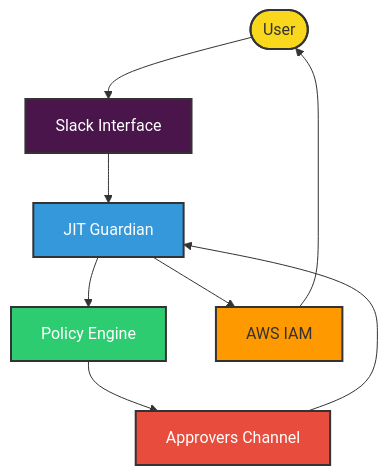
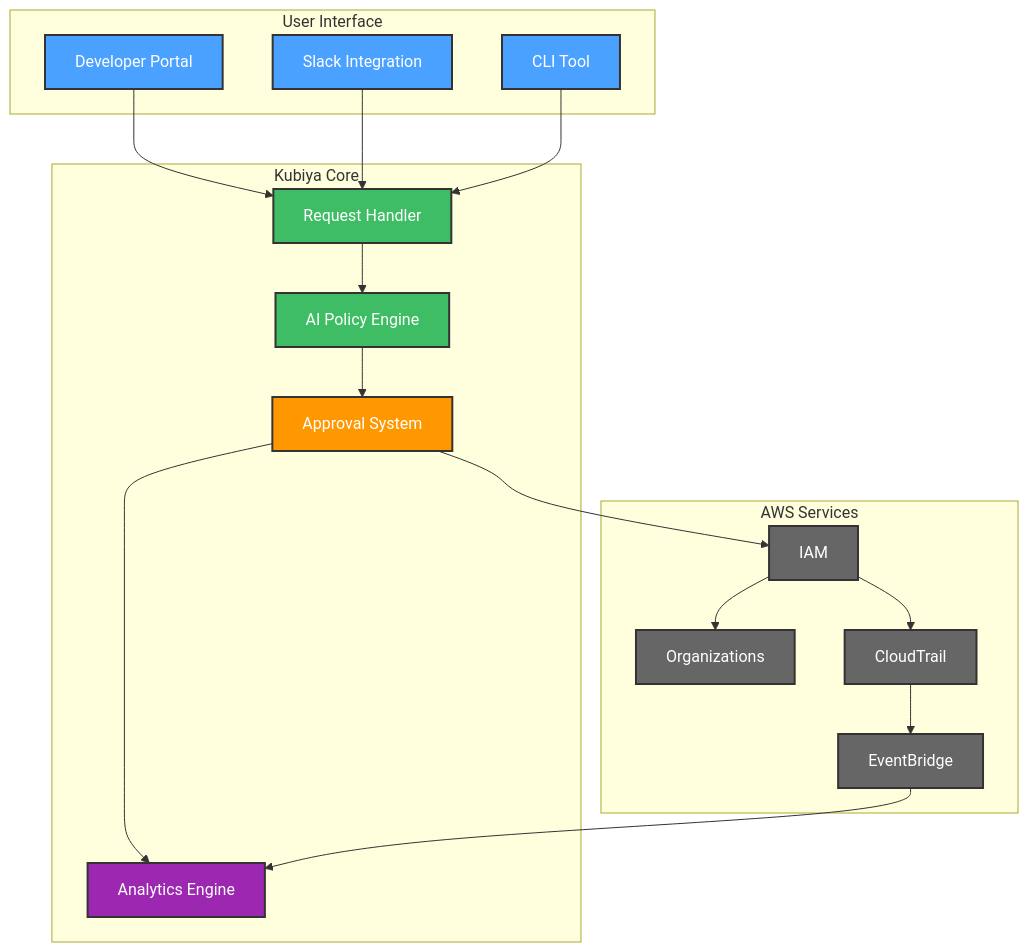
The first of 5 diagrams in jit-permissions-guardians/terraform/README.md (kubiyabot/terraform-modules), drawn with Mermaid before and after one commit. The commit also changed other lines of this file, not shown here.

````diff
--- a/jit-permissions-guardians/terraform/README.md
+++ b/jit-permissions-guardians/terraform/README.md
@@ -13,31 +38,44 @@
 ```mermaid
-flowchart TD
-    User([User])
-    Slack[Slack Interface]
-    Guardian[JIT Guardian]
-    Policy[Policy Engine]
-    Approvers[Approvers Channel]
-    AWS[AWS IAM]
+graph TB
+    subgraph "User Interface"
+        A[Developer Portal]
+        B[Slack Integration]
+        C[CLI Tool]
+    end
 
-    User --> Slack
-    Slack --> Guardian
-    Guardian --> Policy
-    Policy --> Approvers
-    Approvers --> Guardian
-    Guardian --> AWS
-    AWS --> User
+    subgraph "Kubiya Core"
+        D[Request Handler]
+        E[AI Policy Engine]
+        F[Approval System]
+        G[Analytics Engine]
+    end
 
-    classDef user fill:#f9d71c,stroke:#333,stroke-width:2px
-    classDef slack fill:#4A154B,stroke:#333,stroke-width:2px,color:white
-    classDef guardian fill:#3498db,stroke:#333,stroke-width:2px,color:white
-    classDef policy fill:#2ecc71,stroke:#333,stroke-width:2px,color:white
-    classDef approvers fill:#e74c3c,stroke:#333,stroke-width:2px,color:white
-    classDef aws fill:#FF9900,stroke:#333,stroke-width:2px
+    subgraph "AWS Services"
+        H[IAM]
+        I[Organizations]
+        J[CloudTrail]
+        K[EventBridge]
+    end
 
-    class User user
-    class Slack slack
-    class Guardian guardian
-    class Policy policy
-    class Approvers approvers
-    class AWS aws
+    A & B & C --> D
+    D --> E
+    E --> F
+    F --> G
+    F --> H
+    H --> I
+    H --> J
+    J --> K
+    K --> G
+
+    style A fill:#4aa1ff,stroke:#333,stroke-width:2px,color:#fff
+    style B fill:#4aa1ff,stroke:#333,stroke-width:2px,color:#fff
+    style C fill:#4aa1ff,stroke:#333,stroke-width:2px,color:#fff
+    style D fill:#3ebd64,stroke:#333,stroke-width:2px,color:#fff
+    style E fill:#3ebd64,stroke:#333,stroke-width:2px,color:#fff
+    style F fill:#ff9800,stroke:#333,stroke-width:2px,color:#fff
+    style G fill:#9c27b0,stroke:#333,stroke-width:2px,color:#fff
+    style H fill:#666666,stroke:#333,stroke-width:2px,color:#fff
+    style I fill:#666666,stroke:#333,stroke-width:2px,color:#fff
+    style J fill:#666666,stroke:#333,stroke-width:2px,color:#fff
+    style K fill:#666666,stroke:#333,stroke-width:2px,color:#fff
 ```
````
